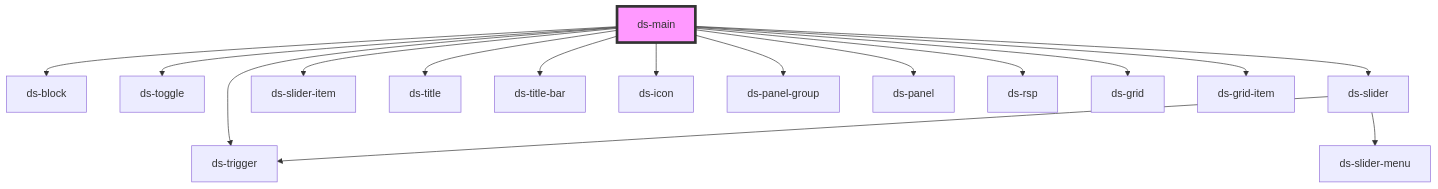
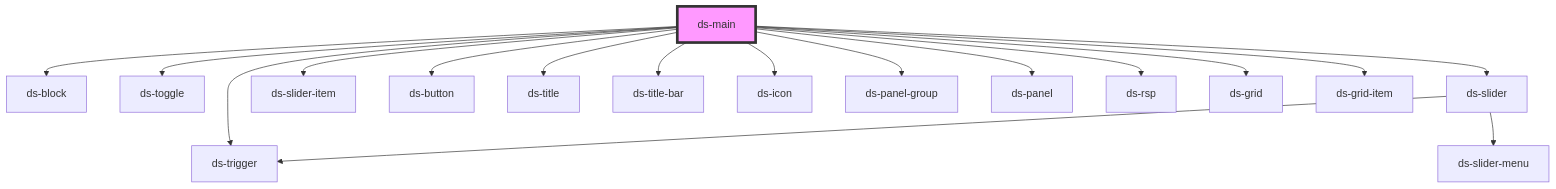
The diagram in components/demo/readme.md (jezoock/dot-stash), drawn with Mermaid before and after one commit. The commit also changed other lines of this file and 12 other files, not shown here.

````diff
--- a/components/demo/readme.md
+++ b/components/demo/readme.md
@@ -46,19 +47,20 @@
 ```mermaid
 graph TD;
   ds-main --> ds-block
   ds-main --> ds-toggle
   ds-main --> ds-slider
   ds-main --> ds-slider-item
+  ds-main --> ds-button
   ds-main --> ds-trigger
   ds-main --> ds-title
   ds-main --> ds-title-bar
   ds-main --> ds-icon
   ds-main --> ds-panel-group
   ds-main --> ds-panel
   ds-main --> ds-rsp
   ds-main --> ds-grid
   ds-main --> ds-grid-item
   ds-slider --> ds-trigger
   ds-slider --> ds-slider-menu
   style ds-main fill:#f9f,stroke:#333,stroke-width:4px
 ```
````
